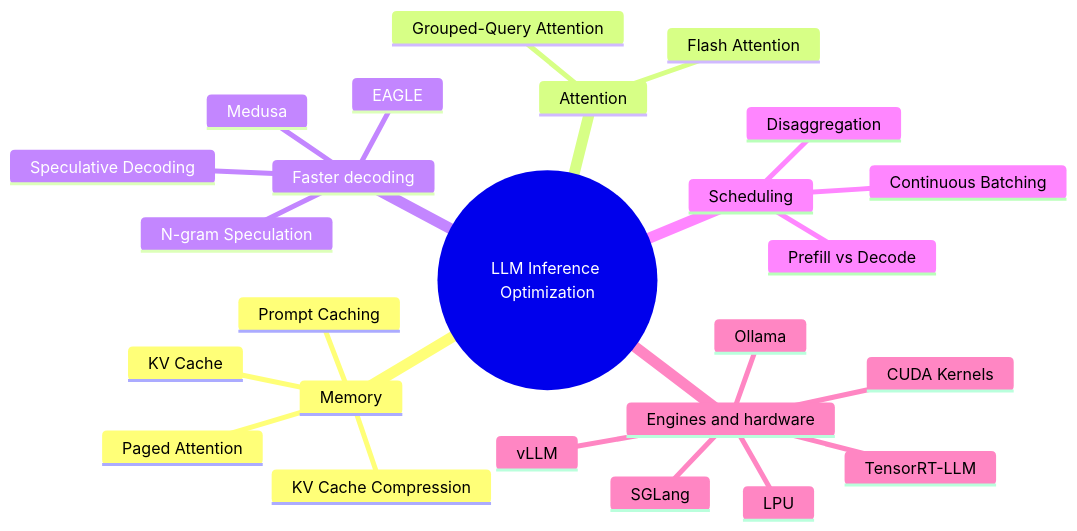
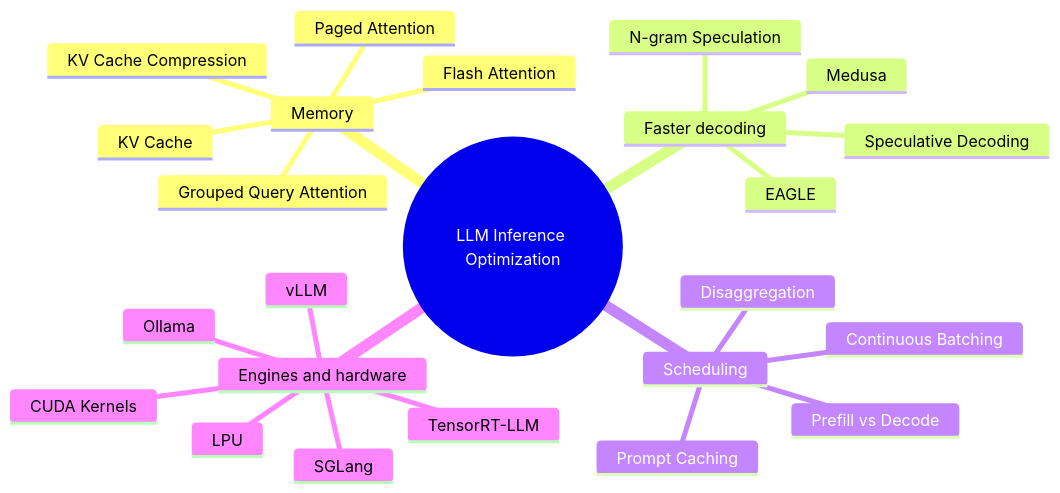
Before and after one commit to kaisarnajar/outcome-school-blogs: the diagram in notes/step-12-llm-inference-engineering/146-llm-inference-optimization.md, drawn with Mermaid. The commit also changed other lines of this file and 233 other files, not shown here.

````diff
--- a/notes/step-12-llm-inference-engineering/146-llm-inference-optimization.md
+++ b/notes/step-12-llm-inference-engineering/146-llm-inference-optimization.md
@@ -39,28 +55,27 @@
 ```mermaid
 mindmap
   root((LLM Inference Optimization))
     Memory
       KV Cache
       KV Cache Compression
       Paged Attention
-      Prompt Caching
-    Attention
       Flash Attention
-      Grouped-Query Attention
+      Grouped Query Attention
     Faster decoding
       Speculative Decoding
       Medusa
       EAGLE
       N-gram Speculation
     Scheduling
       Continuous Batching
+      Prompt Caching
       Prefill vs Decode
       Disaggregation
     Engines and hardware
       vLLM
       SGLang
       TensorRT-LLM
       Ollama
       CUDA Kernels
       LPU
 ```
````
